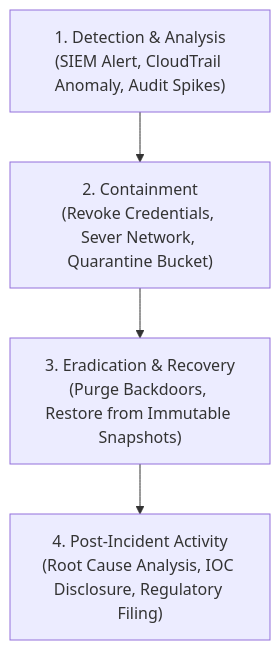
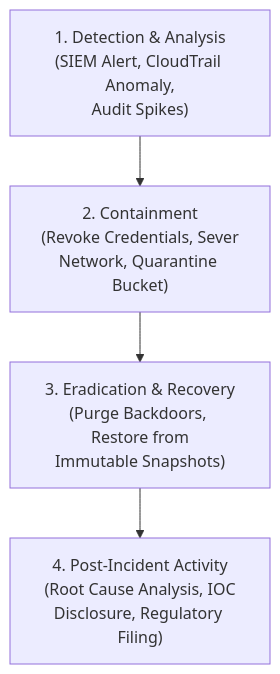
The diagram in modules/10_incident_triage_auditing_and_compliance/README.md (santoshjammi29/security-handbook), drawn with Mermaid before and after one commit. The commit also changed 22 other files, not shown here.

Commit message:
fix(diagrams): word-wrap labels and escape comparison operators across all diagrams

````diff
--- a/modules/10_incident_triage_auditing_and_compliance/README.md
+++ b/modules/10_incident_triage_auditing_and_compliance/README.md
@@ -7,6 +7,6 @@
 ```mermaid
 flowchart TD
-    Detect["1. Detection & Analysis<br>(SIEM Alert, CloudTrail Anomaly, Audit Spikes)"] --> Contain["2. Containment<br>(Revoke Credentials, Sever Network, Quarantine Bucket)"]
-    Contain --> Eradicate["3. Eradication & Recovery<br>(Purge Backdoors, Restore from Immutable Snapshots)"]
-    Eradicate --> PostMortem["4. Post-Incident Activity<br>(Root Cause Analysis, IOC Disclosure, Regulatory Filing)"]
+    Detect["1. Detection & Analysis<br/>(SIEM Alert, CloudTrail Anomaly,<br/>Audit Spikes)"] --> Contain["2. Containment<br/>(Revoke Credentials, Sever<br/>Network, Quarantine Bucket)"]
+    Contain --> Eradicate["3. Eradication & Recovery<br/>(Purge Backdoors, Restore from<br/>Immutable Snapshots)"]
+    Eradicate --> PostMortem["4. Post-Incident Activity<br/>(Root Cause Analysis, IOC<br/>Disclosure, Regulatory Filing)"]
 ```
````
